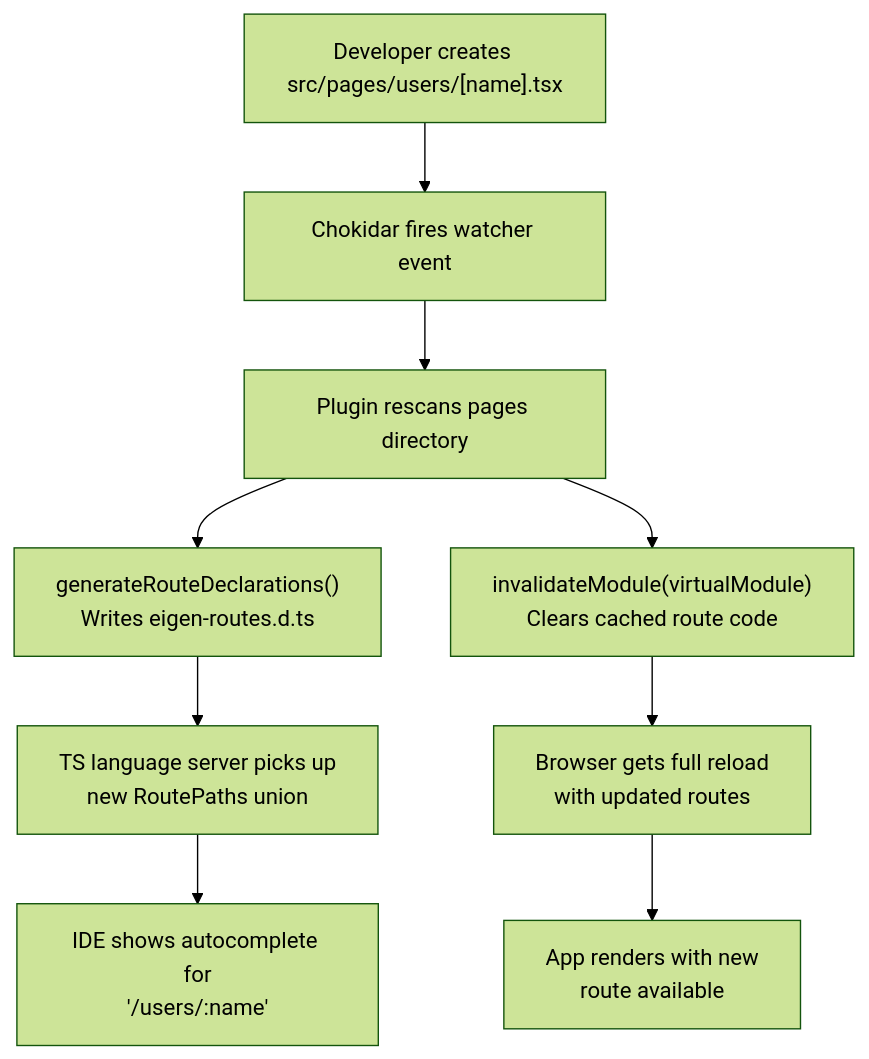
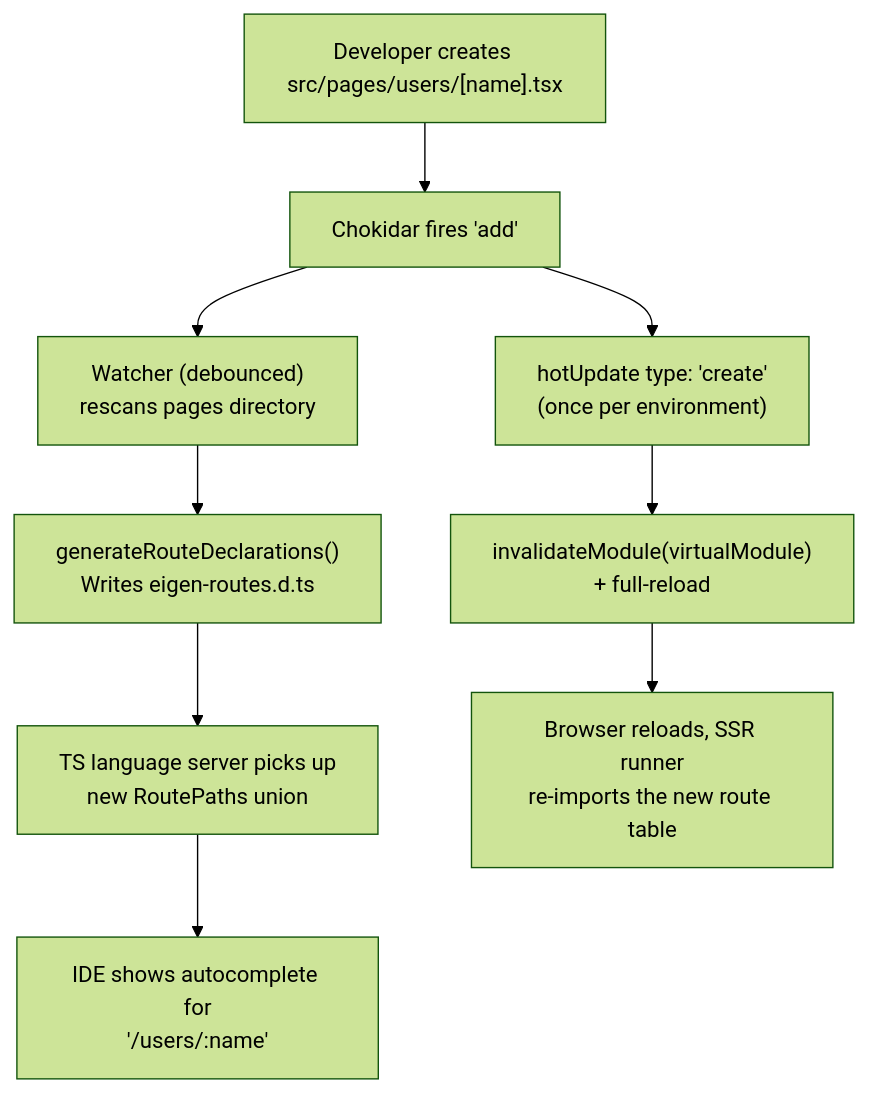
Before and after one commit to adamhake/eigen: the diagram in apps/tutorial/src/content/09-hmr.mdx, drawn with Mermaid (forest theme). The commit also changed other lines of this file and 42 other files, not shown here.

````diff
--- a/apps/tutorial/src/content/09-hmr.mdx
+++ b/apps/tutorial/src/content/09-hmr.mdx
@@ -146,11 +166,11 @@
 ```mermaid
 flowchart TD
-    A["Developer creates src/pages/users/[name].tsx"] --> B["Chokidar fires watcher event"]
-    B --> C["Plugin rescans pages directory"]
+    A["Developer creates src/pages/users/[name].tsx"] --> B["Chokidar fires 'add'"]
+    B --> C["Watcher (debounced)\nrescans pages directory"]
+    B --> E["hotUpdate type: 'create'\n(once per environment)"]
     C --> D["generateRouteDeclarations()\nWrites eigen-routes.d.ts"]
-    C --> E["invalidateModule(virtualModule)\nClears cached route code"]
+    E --> G["invalidateModule(virtualModule)\n+ full-reload"]
     D --> F["TS language server picks up\nnew RoutePaths union"]
-    E --> G["Browser gets full reload\nwith updated routes"]
+    G --> I["Browser reloads, SSR runner\nre-imports the new route table"]
     F --> H["IDE shows autocomplete for\n'/users/:name'"]
-    G --> I["App renders with new\nroute available"]
 ```
````
